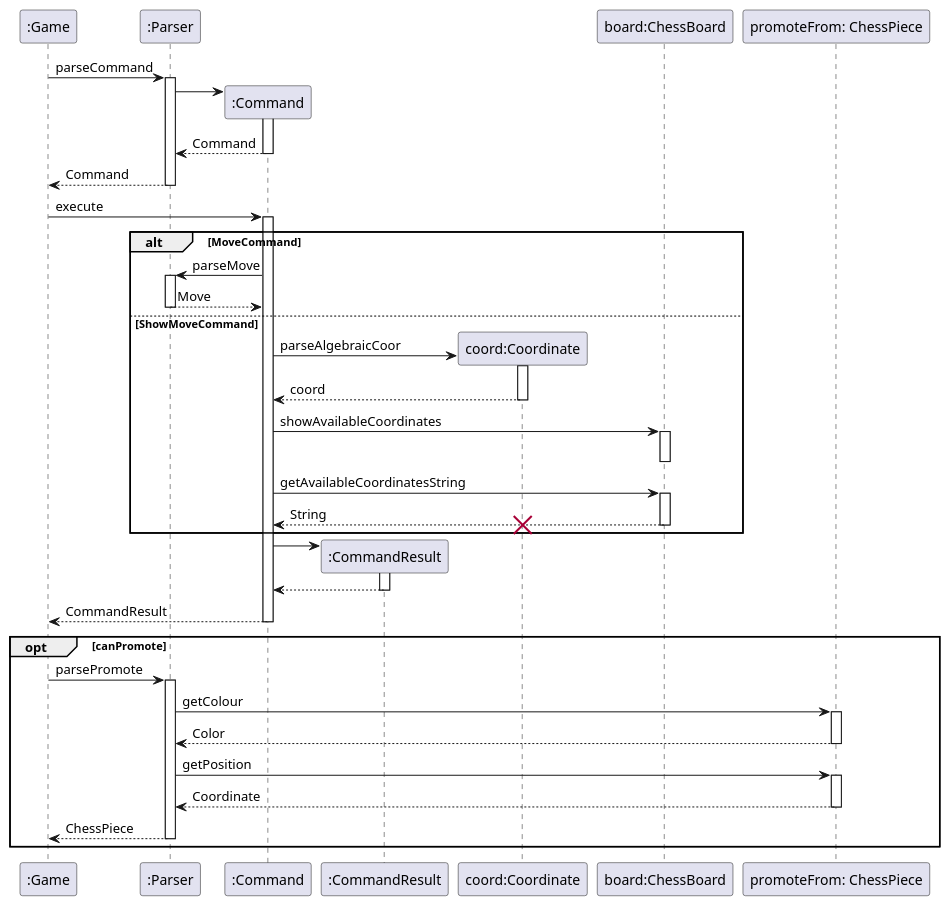
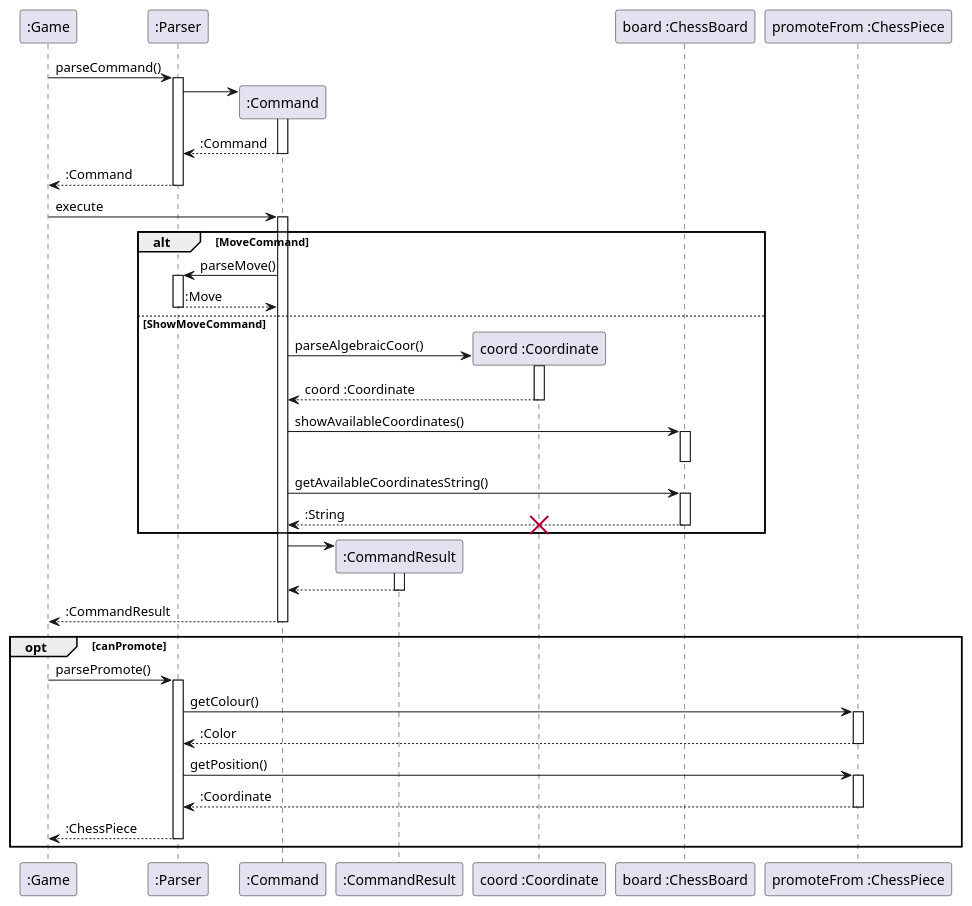
The diagram in docs/diagrams/ParseCommandSequence.puml (onx001/tp), drawn with PlantUML before and after one commit. The commit also changed 3 other files, not shown here.

Commit message:
Update sequence diagrams

```diff
--- a/docs/diagrams/ParseCommandSequence.puml
+++ b/docs/diagrams/ParseCommandSequence.puml
@@ -1,48 +1,48 @@
 @startuml
 'https://plantuml.com/sequence-diagram
 
 participant ":Game" as Game
 participant ":Parser" as Parser
 participant ":Command" as Command
 participant ":CommandResult" as CommandResult
-participant "coord:Coordinate" as Coordinate
-participant "board:ChessBoard" as ChessBoard
-participant "promoteFrom: ChessPiece" as ChessPiece
+participant "coord :Coordinate" as Coordinate
+participant "board :ChessBoard" as ChessBoard
+participant "promoteFrom :ChessPiece" as ChessPiece
 
-Game -> Parser: parseCommand
+Game -> Parser: parseCommand()
 activate Parser
 create Command
 Parser -> Command ++
-Command --> Parser --: Command
-Game <-- Parser --: Command
+Command --> Parser --: :Command
+Game <-- Parser --: :Command
 
 Game -> Command ++: execute
 alt MoveCommand
-    Command -> Parser ++: parseMove
-    Parser --> Command --: Move
+    Command -> Parser ++: parseMove()
+    Parser --> Command --: :Move
 else ShowMoveCommand
     create Coordinate
-    Command -> Coordinate ++: parseAlgebraicCoor
-    Coordinate --> Command --: coord
-    Command -> ChessBoard ++: showAvailableCoordinates
+    Command -> Coordinate ++: parseAlgebraicCoor()
+    Coordinate --> Command --: coord :Coordinate
+    Command -> ChessBoard ++: showAvailableCoordinates()
     ChessBoard --
-    Command -> ChessBoard ++: getAvailableCoordinatesString
-    ChessBoard --> Command --: String
+    Command -> ChessBoard ++: getAvailableCoordinatesString()
+    ChessBoard --> Command --: :String
     destroy Coordinate
 end
 Command -> CommandResult**
 activate CommandResult
 CommandResult --> Command--
-Game <-- Command --: CommandResult
+Game <-- Command --: :CommandResult
 
 opt canPromote
-Game -> Parser ++: parsePromote
-Parser -> ChessPiece ++: getColour
-ChessPiece --> Parser --: Color
-Parser -> ChessPiece ++: getPosition
-ChessPiece --> Parser --: Coordinate
-Game <-- Parser --: ChessPiece
+Game -> Parser ++: parsePromote()
+Parser -> ChessPiece ++: getColour()
+ChessPiece --> Parser --: :Color
+Parser -> ChessPiece ++: getPosition()
+ChessPiece --> Parser --: :Coordinate
+Game <-- Parser --: :ChessPiece
 end
 
 
 @enduml
```
